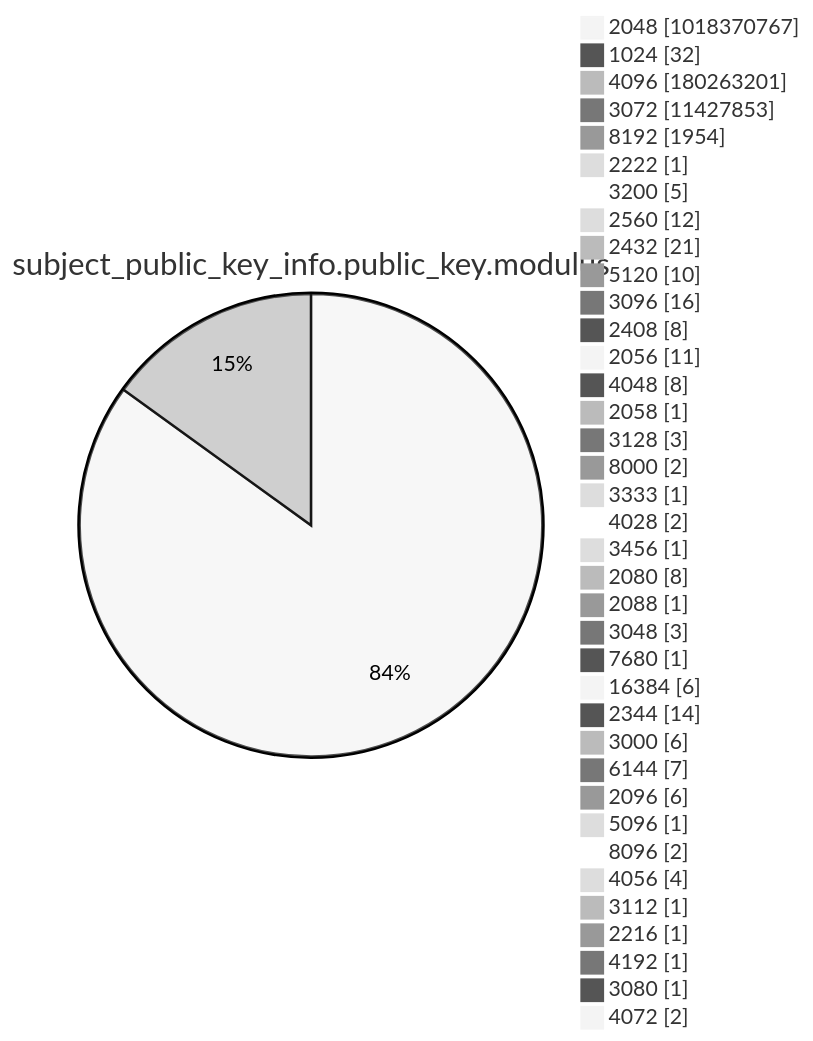
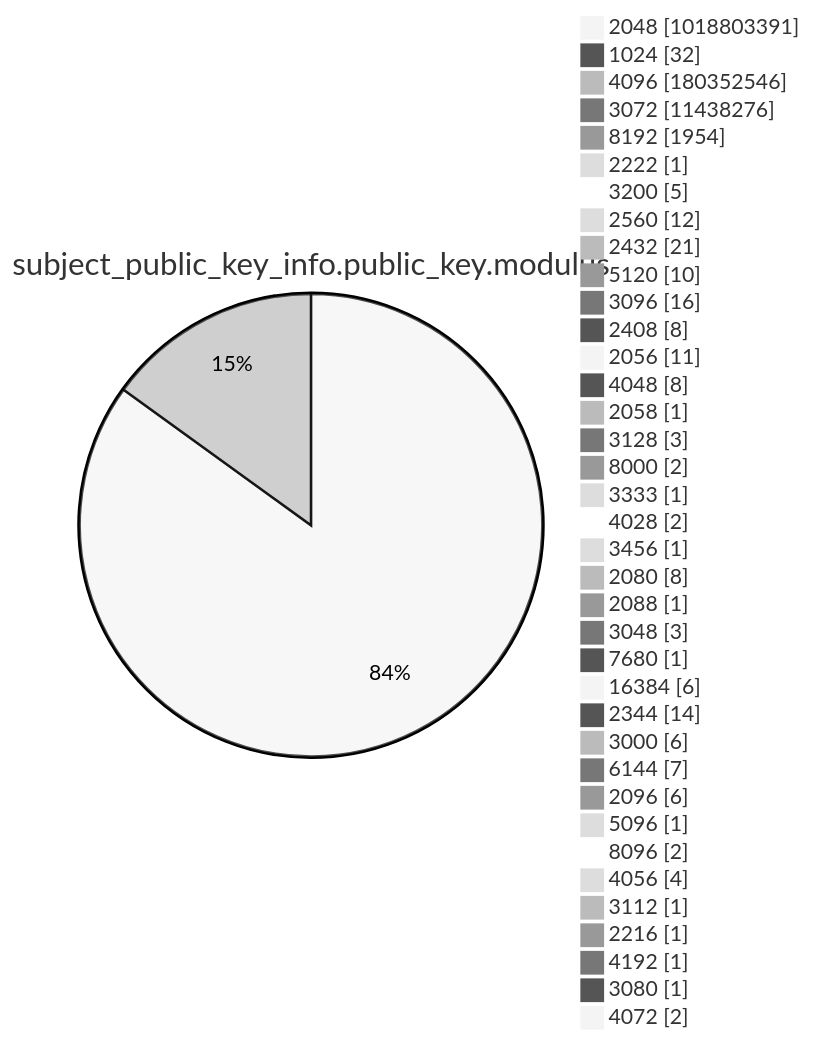
Diagram 13 of 15 in argon2022/README.md (christiankrug/ctmonitor_visualization), drawn with Mermaid (neutral theme) before and after one commit. The commit also changed other lines of this file, not shown here.

````diff
--- a/argon2022/README.md
+++ b/argon2022/README.md
@@ -3588,41 +3588,41 @@
 ```mermaid
 pie showData
 title subject_public_key_info.public_key.modulus
-"2048" :1018370767
+"2048" :1018803391
 "1024" :32
-"4096" :180263201
-"3072" :11427853
+"4096" :180352546
+"3072" :11438276
 "8192" :1954
 "2222" :1
 "3200" :5
 "2560" :12
 "2432" :21
 "5120" :10
 "3096" :16
 "2408" :8
 "2056" :11
 "4048" :8
 "2058" :1
 "3128" :3
 "8000" :2
 "3333" :1
 "4028" :2
 "3456" :1
 "2080" :8
 "2088" :1
 "3048" :3
 "7680" :1
 "16384" :6
 "2344" :14
 "3000" :6
 "6144" :7
 "2096" :6
 "5096" :1
 "8096" :2
 "4056" :4
 "3112" :1
 "2216" :1
 "4192" :1
 "3080" :1
 "4072" :2
 ```
````
